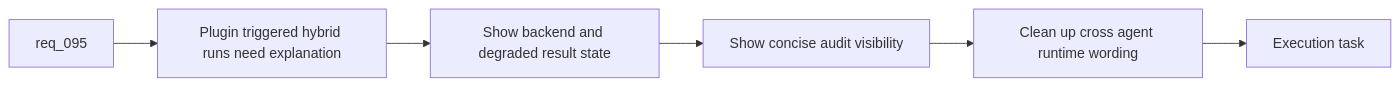
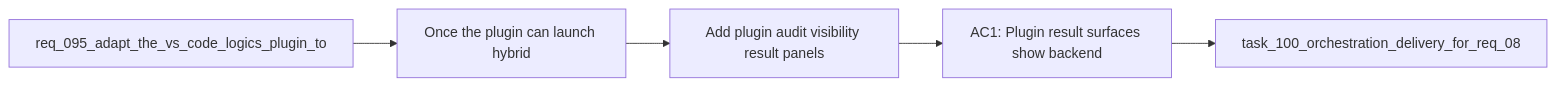
Before and after one commit to AlexAgo83/logics-manager: the diagram in logics/backlog/item_157_add_plugin_audit_visibility_result_panels_and_cross_agent_runtime_messaging_cleanup.md, drawn with Mermaid. The commit also changed 481 other files, not shown here.

````diff
--- a/logics/backlog/item_157_add_plugin_audit_visibility_result_panels_and_cross_agent_runtime_messaging_cleanup.md
+++ b/logics/backlog/item_157_add_plugin_audit_visibility_result_panels_and_cross_agent_runtime_messaging_cleanup.md
@@ -28,10 +28,9 @@
 ```mermaid
 %% logics-kind: backlog
 %% logics-signature: backlog|add-plugin-audit-visibility-result-panel|req-095-adapt-the-vs-code-logics-plugin-|once-the-plugin-can-launch-hybrid|ac1-plugin-result-surfaces-show-backend
 flowchart LR
-    Request[req_095] --> Problem[Plugin triggered hybrid runs need explanation]
-    Problem --> Result[Show backend and degraded result state]
-    Result --> Audit[Show concise audit visibility]
-    Audit --> Messaging[Clean up cross agent runtime wording]
-    Messaging --> Done[Execution task]
+    Request[req_095_adapt_the_vs_code_logics_plugin_to] --> Problem[Once the plugin can launch hybrid]
+    Problem --> Scope[Add plugin audit visibility result panels]
+    Scope --> Acceptance[AC1: Plugin result surfaces show backend]
+    Acceptance --> Tasks[task_100_orchestration_delivery_for_req_08]
 ```
````
